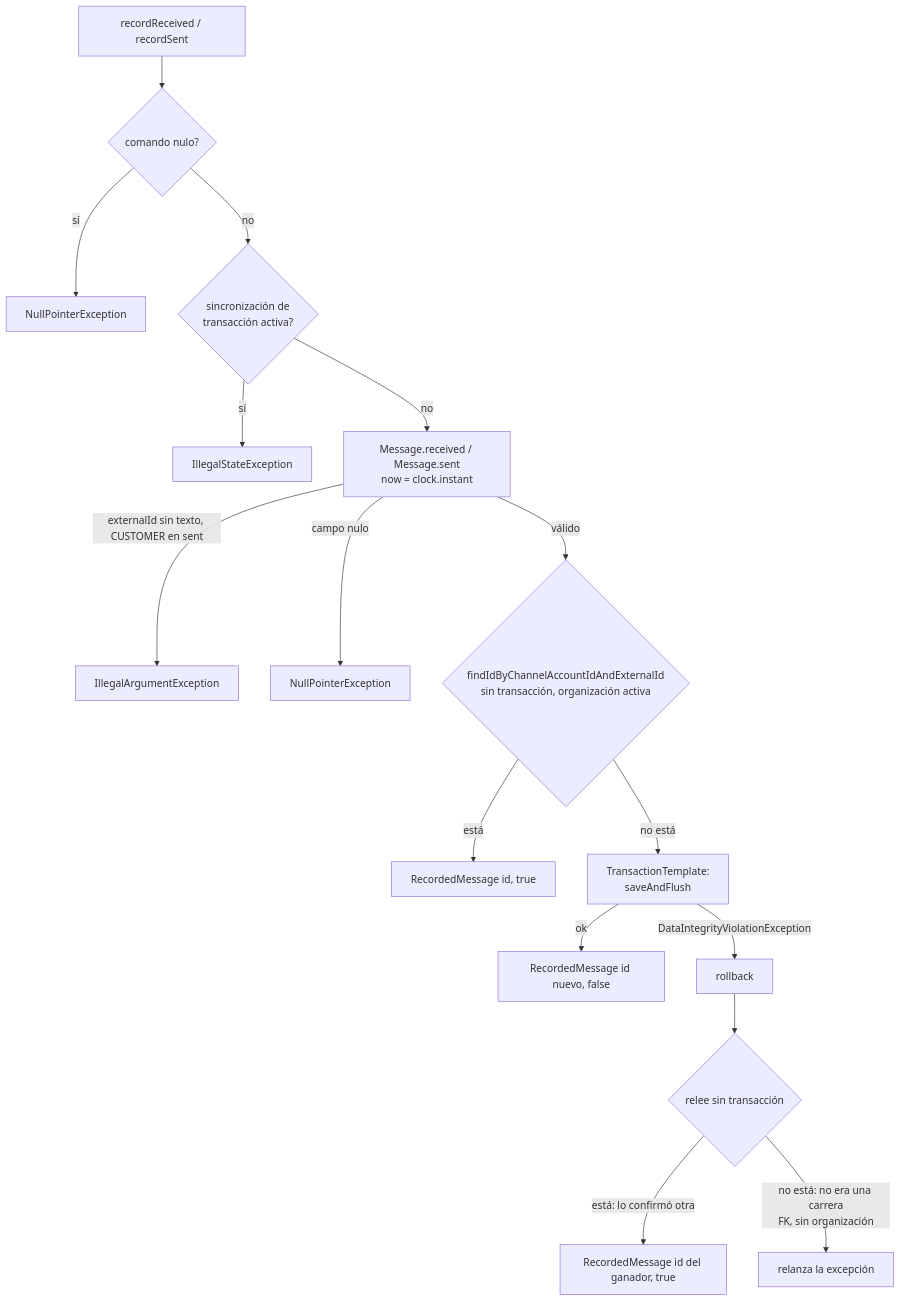
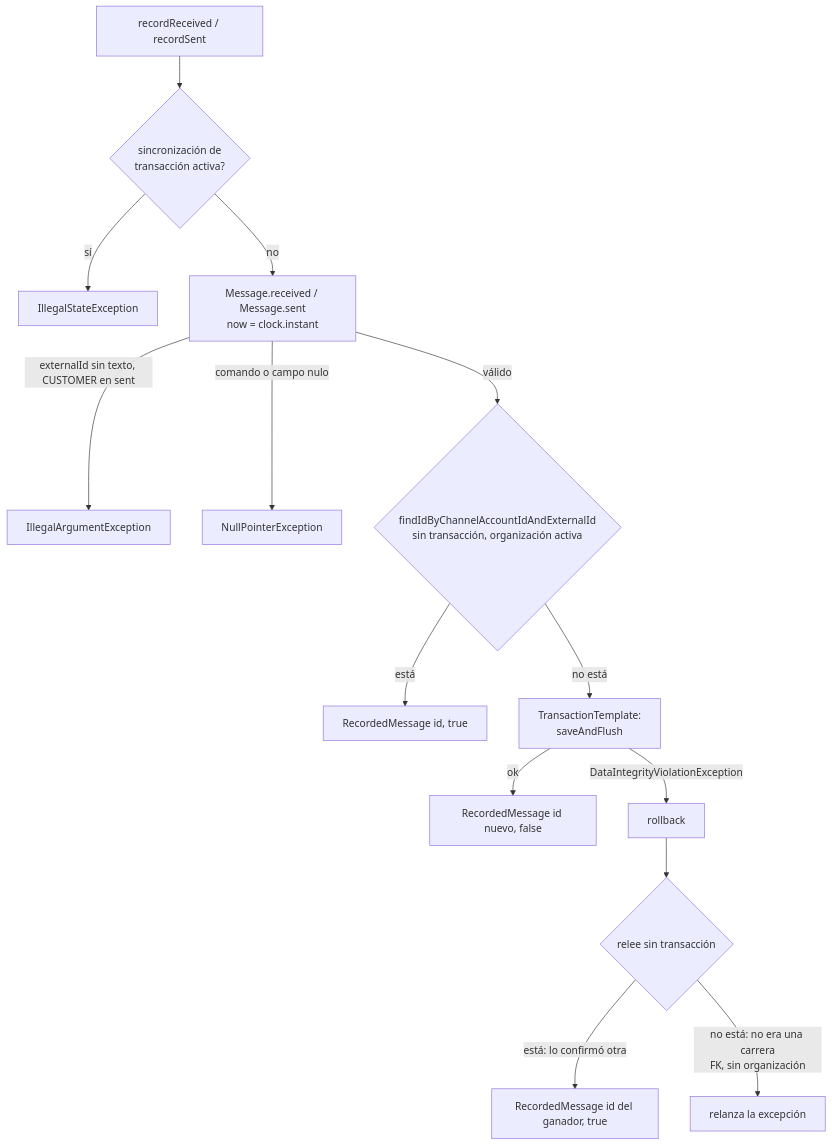
The second of 5 diagrams in docs/mensajes.md (zapmaxvevo/communicator-one), drawn with Mermaid before and after one commit. The commit also changed other lines of this file and 6 other files, not shown here.

````diff
--- a/docs/mensajes.md
+++ b/docs/mensajes.md
@@ -214,18 +214,16 @@
 ```mermaid
 flowchart TD
-    R[recordReceived / recordSent] --> N{comando nulo?}
-    N -->|sí| X0[NullPointerException]
-    N -->|no| G{sincronización de<br/>transacción activa?}
+    R[recordReceived / recordSent] --> G{sincronización de<br/>transacción activa?}
     G -->|sí| X1[IllegalStateException]
     G -->|no| M[Message.received / Message.sent<br/>now = clock.instant]
     M -->|externalId sin texto, CUSTOMER en sent| X2[IllegalArgumentException]
-    M -->|campo nulo| X3[NullPointerException]
+    M -->|comando o campo nulo| X3[NullPointerException]
     M -->|válido| F{findIdByChannelAccountIdAndExternalId<br/>sin transacción, organización activa}
     F -->|está| D[RecordedMessage id, true]
     F -->|no está| T[TransactionTemplate:<br/>saveAndFlush]
     T -->|ok| NEW[RecordedMessage id nuevo, false]
     T -->|DataIntegrityViolationException| RB[rollback]
     RB --> F2{relee sin transacción}
     F2 -->|está: lo confirmó otra| D2[RecordedMessage id del ganador, true]
     F2 -->|no está: no era una carrera<br/>FK, sin organización| X4[relanza la excepción]
 ```
````
